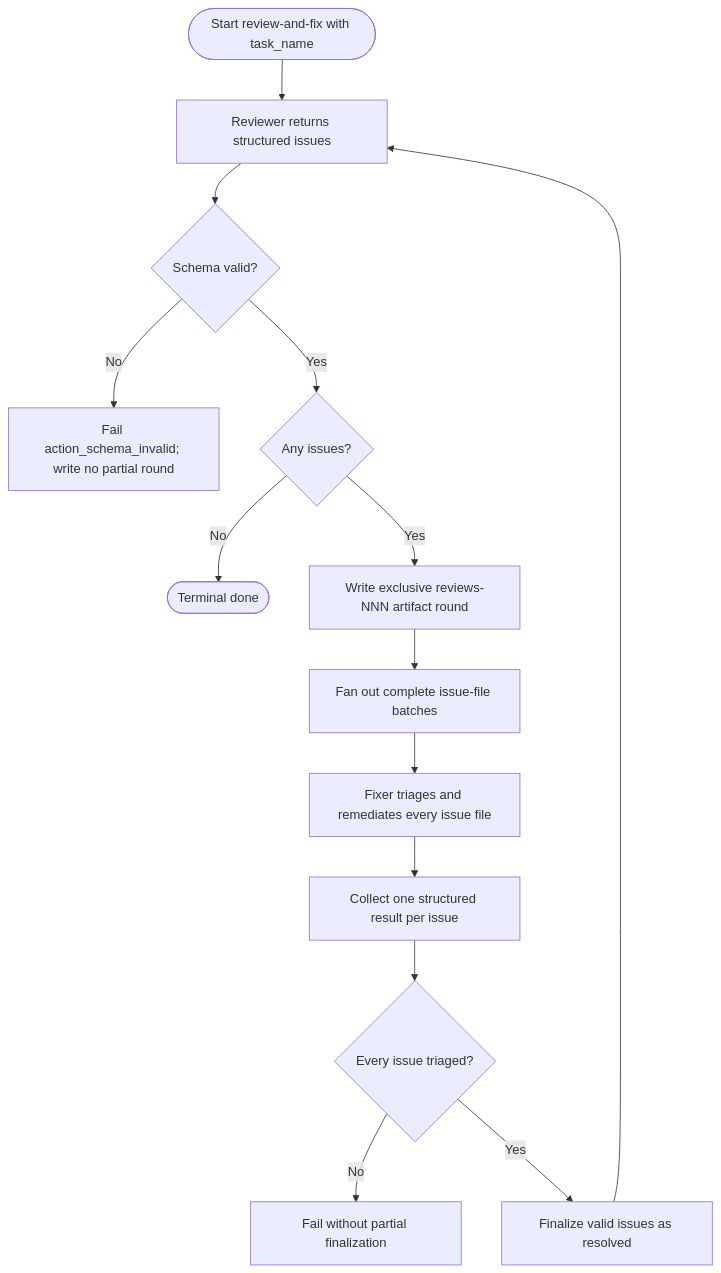
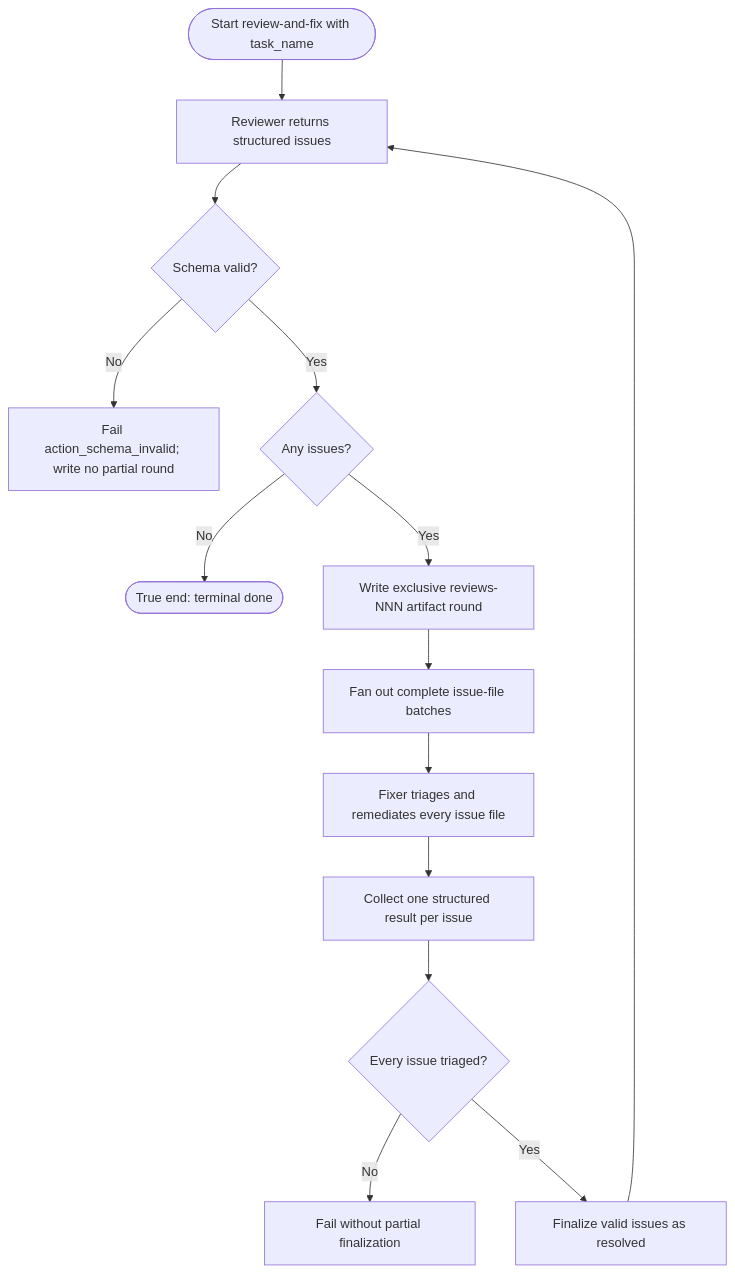
One commit to compozy/compozy changed the diagram in docs/qa/journeys/J-08-watch-and-maintain.md. Above: the diagram before and after it, drawn with Mermaid. The commit also changed 599 other files, not shown here.

````diff
--- a/docs/qa/journeys/J-08-watch-and-maintain.md
+++ b/docs/qa/journeys/J-08-watch-and-maintain.md
@@ -9,16 +9,16 @@
 ```mermaid
 flowchart TD
     A([Start review-and-fix with task_name]) --> B[Reviewer returns structured issues]
     B --> V{Schema valid?}
     V -->|No| X[Fail action_schema_invalid; write no partial round]
     V -->|Yes| C{Any issues?}
-    C -->|No| D([Terminal done])
+    C -->|No| D([True end: terminal done])
     C -->|Yes| E[Write exclusive reviews-NNN artifact round]
     E --> F[Fan out complete issue-file batches]
     F --> G[Fixer triages and remediates every issue file]
     G --> H[Collect one structured result per issue]
     H --> I{Every issue triaged?}
     I -->|No| J[Fail without partial finalization]
     I -->|Yes| K[Finalize valid issues as resolved]
     K --> B
 ```
````
